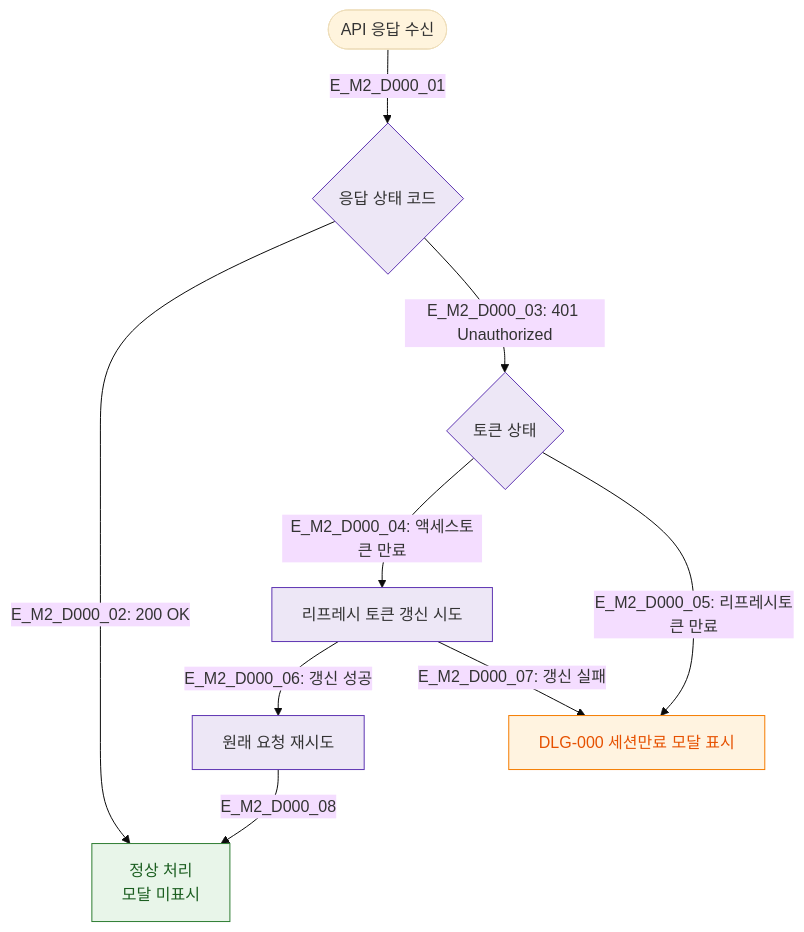
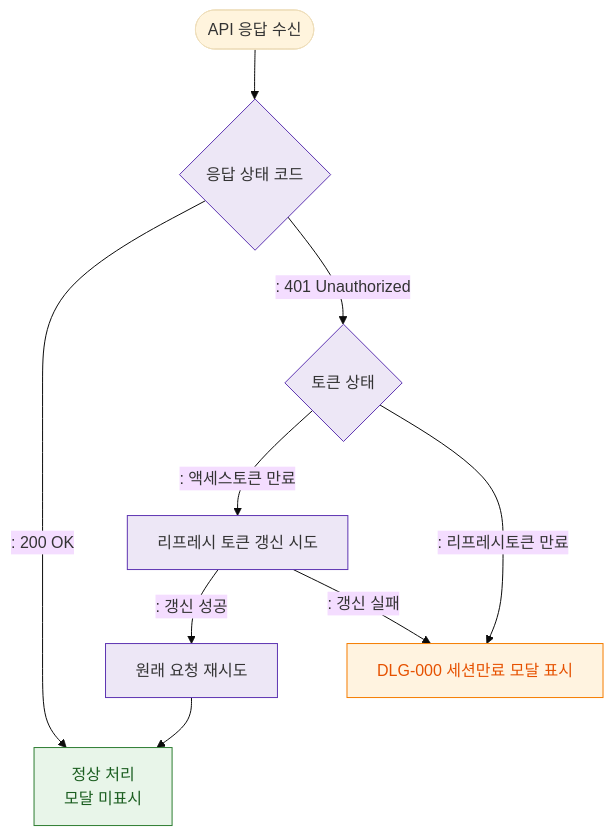
One commit to dev-spogym/admin-pando changed the diagram in docs/다이어그램/D01_공통/DLG/DLG-000_세션만료/M2_필드검증.md. Above: the diagram before and after it, drawn with Mermaid (base theme). The commit also changed other lines of this file and 1660 other files, not shown here.

First line of the commit message:
다이어그램: 기획자/클라이언트 납품본으로 정리

````diff
--- a/docs/다이어그램/D01_공통/DLG/DLG-000_세션만료/M2_필드검증.md
+++ b/docs/다이어그램/D01_공통/DLG/DLG-000_세션만료/M2_필드검증.md
@@ -19,23 +17,23 @@
 ```mermaid
 flowchart TD
-    API_RESP([API 응답 수신]) -->|E_M2_D000_01| RESP_CHECK{응답 상태 코드}
+    API_RESP([API 응답 수신]) --> RESP_CHECK{응답 상태 코드}
 
-    RESP_CHECK -->|"E_M2_D000_02: 200 OK"| NORMAL[정상 처리\n모달 미표시]
-    RESP_CHECK -->|"E_M2_D000_03: 401 Unauthorized"| TOKEN_CHECK{토큰 상태}
+    RESP_CHECK -->|": 200 OK"|NORMAL[정상 처리\n모달 미표시]
+    RESP_CHECK -->|": 401 Unauthorized"|TOKEN_CHECK{토큰 상태}
 
-    TOKEN_CHECK -->|"E_M2_D000_04: 액세스토큰 만료"| REFRESH_TRY[리프레시 토큰 갱신 시도]
-    TOKEN_CHECK -->|"E_M2_D000_05: 리프레시토큰 만료"| SHOW_MODAL[DLG-000 세션만료 모달 표시]
+    TOKEN_CHECK -->|": 액세스토큰 만료"|REFRESH_TRY[리프레시 토큰 갱신 시도]
+    TOKEN_CHECK -->|": 리프레시토큰 만료"|SHOW_MODAL[DLG-000 세션만료 모달 표시]
 
-    REFRESH_TRY -->|"E_M2_D000_06: 갱신 성공"| RETRY[원래 요청 재시도]
-    REFRESH_TRY -->|"E_M2_D000_07: 갱신 실패"| SHOW_MODAL
+    REFRESH_TRY -->|": 갱신 성공"|RETRY[원래 요청 재시도]
+    REFRESH_TRY -->|": 갱신 실패"|SHOW_MODAL
 
-    RETRY -->|E_M2_D000_08| NORMAL
+    RETRY --> NORMAL
 
-    classDef screen  fill:#E3F2FD,stroke:#1976D2,color:#0D47A1
-    classDef modal   fill:#FFF3E0,stroke:#F57C00,color:#E65100
-    classDef system  fill:#EDE7F6,stroke:#5E35B2
+    classDef screen fill:#E3F2FD,stroke:#1976D2,color:#0D47A1
+    classDef modal fill:#FFF3E0,stroke:#F57C00,color:#E65100
+    classDef system fill:#EDE7F6,stroke:#5E35B2
     classDef success fill:#E8F5E9,stroke:#2E7D32,color:#1B5E20
     class SHOW_MODAL modal
     class RESP_CHECK,TOKEN_CHECK,REFRESH_TRY,RETRY system
     class NORMAL success
 ```
````
